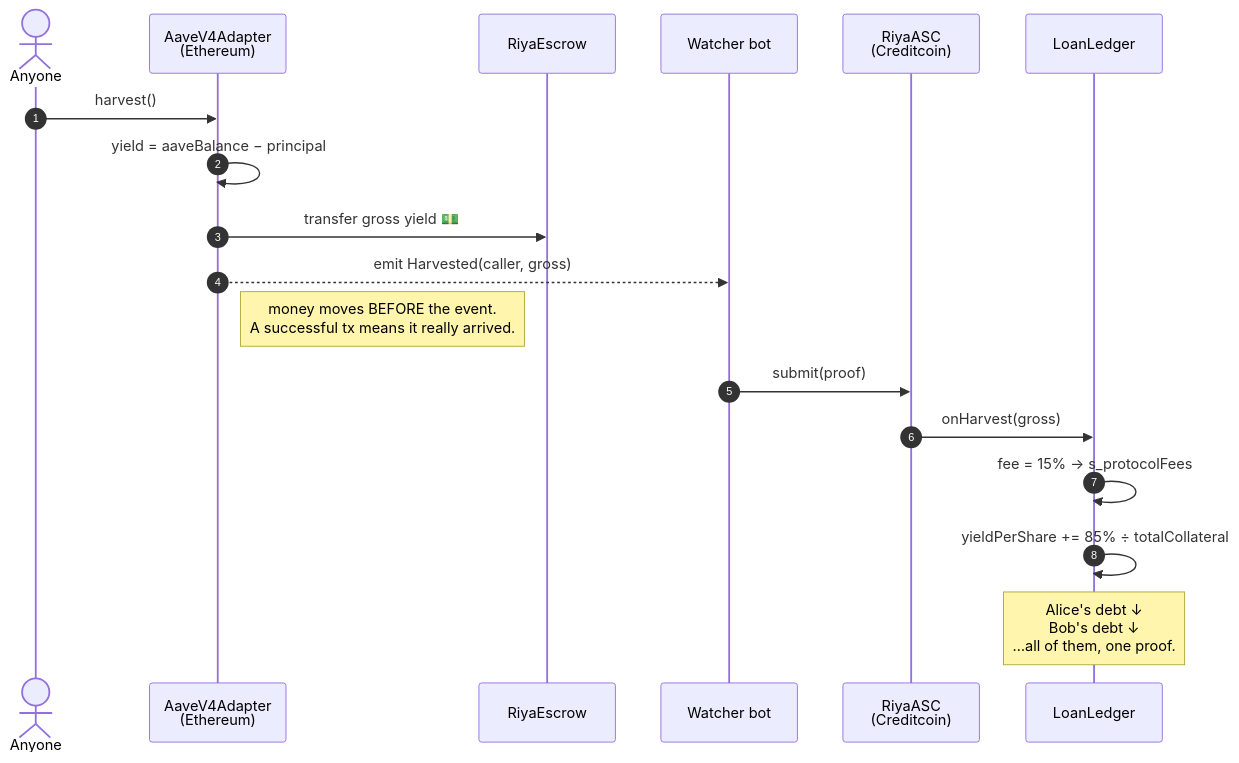
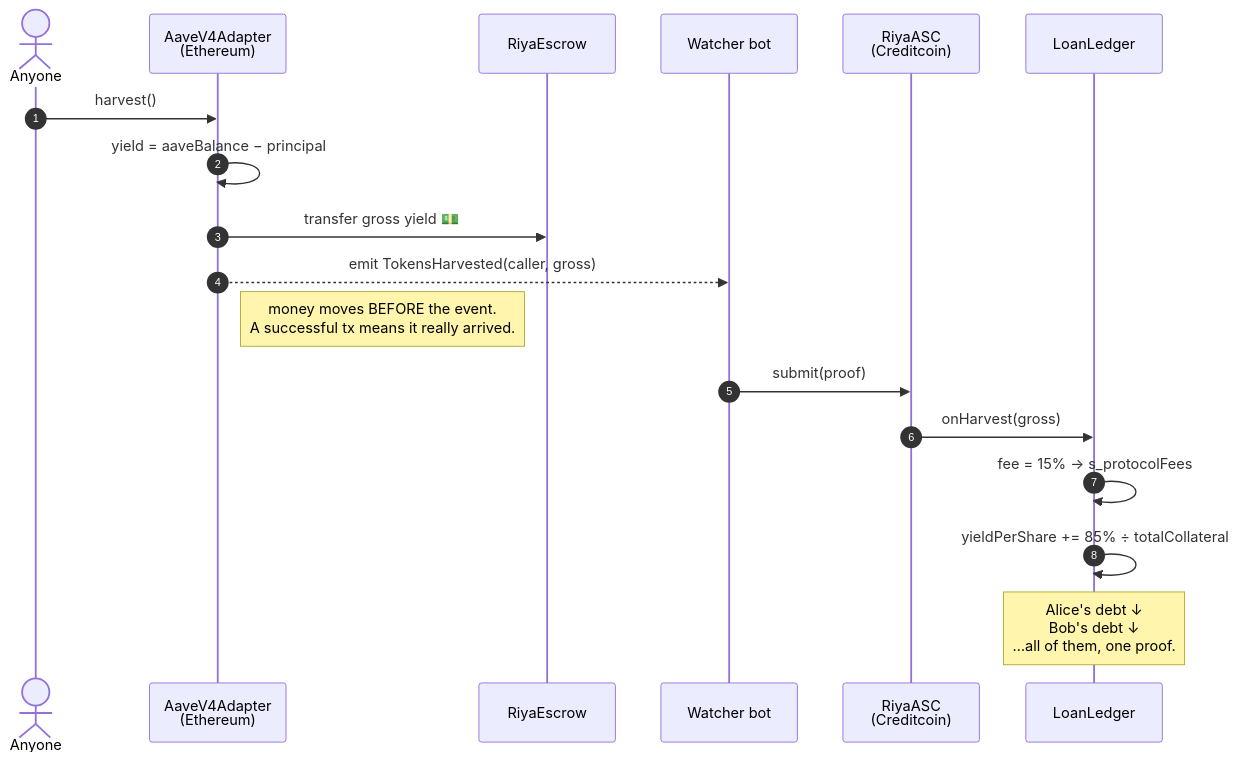
Before and after one commit to Kelechikizito/riya: the third of 6 diagrams in build-plan.md, drawn with Mermaid. The commit also changed other lines of this file and 2 other files, not shown here.

````diff
--- a/build-plan.md
+++ b/build-plan.md
@@ -118,21 +118,21 @@
 ```mermaid
 sequenceDiagram
     autonumber
     actor K as Anyone
     participant A as AaveV4Adapter<br/>(Ethereum)
     participant E as RiyaEscrow
     participant W as Watcher bot
     participant ASC as RiyaASC<br/>(Creditcoin)
     participant L as LoanLedger
 
     K->>A: harvest()
     A->>A: yield = aaveBalance − principal
     A->>E: transfer gross yield 💵
-    A-->>W: emit Harvested(caller, gross)
+    A-->>W: emit TokensHarvested(caller, gross)
     Note right of A: money moves BEFORE the event.<br/>A successful tx means it really arrived.
     W->>ASC: submit(proof)
     ASC->>L: onHarvest(gross)
     L->>L: fee = 15% → s_protocolFees
     L->>L: yieldPerShare += 85% ÷ totalCollateral
     Note over L: Alice's debt ↓<br/>Bob's debt ↓<br/>…all of them, one proof.
 ```
````
